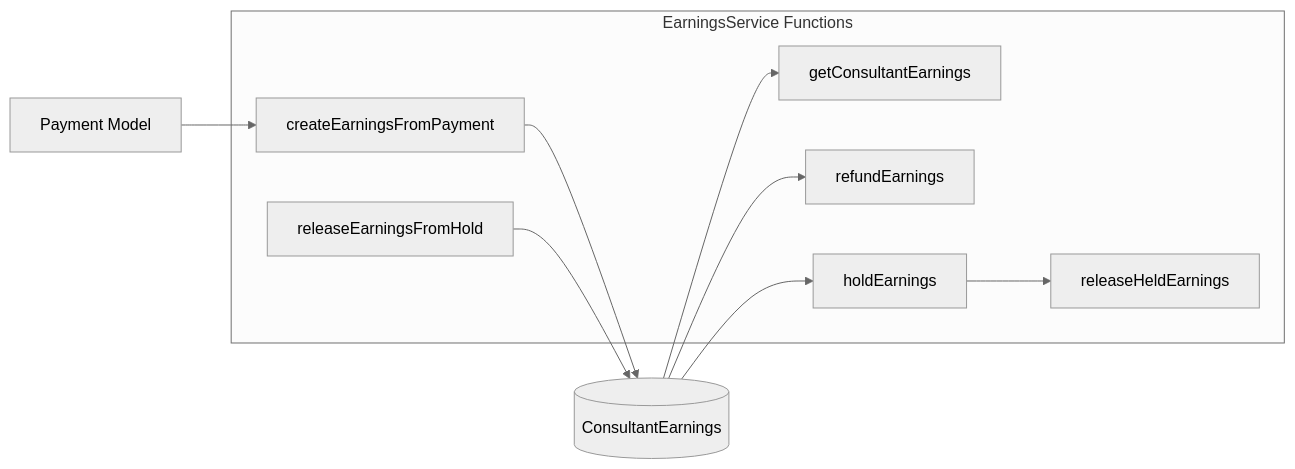
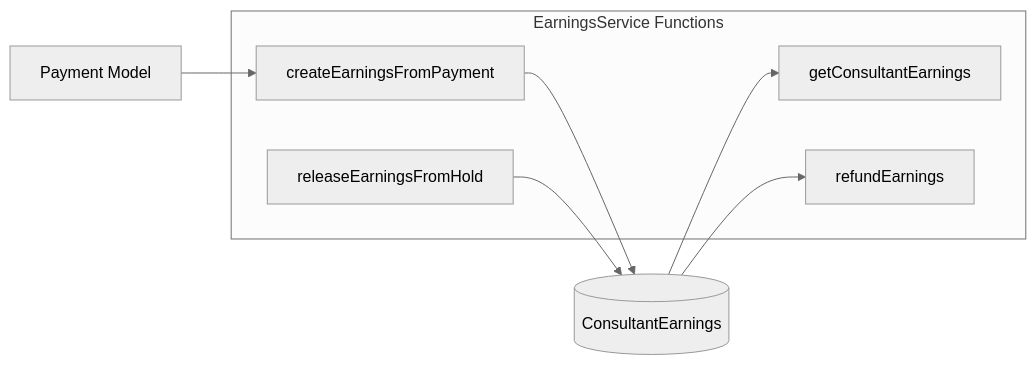
Before and after one commit to Practitionist/familiarise_web: the second of 9 diagrams in docs/payments/payouts/01-architecture.md, drawn with Mermaid (neutral theme). The commit also changed other lines of this file and 20 other files, not shown here.

````diff
--- a/docs/payments/payouts/01-architecture.md
+++ b/docs/payments/payouts/01-architecture.md
@@ -96,19 +96,15 @@
 ```mermaid
 graph LR
     subgraph "EarningsService Functions"
         A[createEarningsFromPayment]
         B[releaseEarningsFromHold]
         C[getConsultantEarnings]
         D[refundEarnings]
-        E[holdEarnings]
-        F[releaseHeldEarnings]
     end
 
     PM[Payment Model] --> A
     A --> CE[(ConsultantEarnings)]
     B --> CE
     CE --> C
     CE --> D
-    CE --> E
-    E --> F
 ```
````
